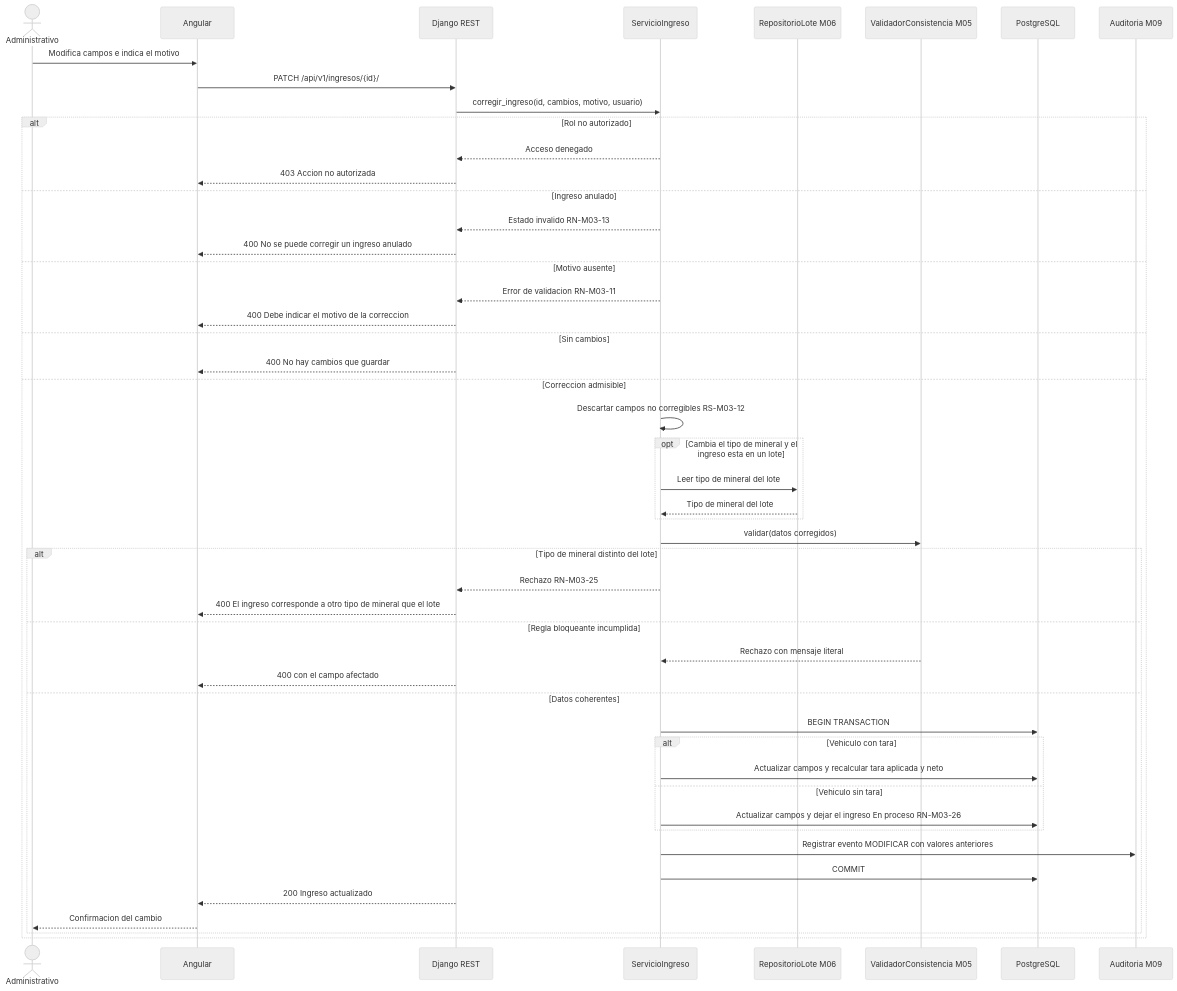
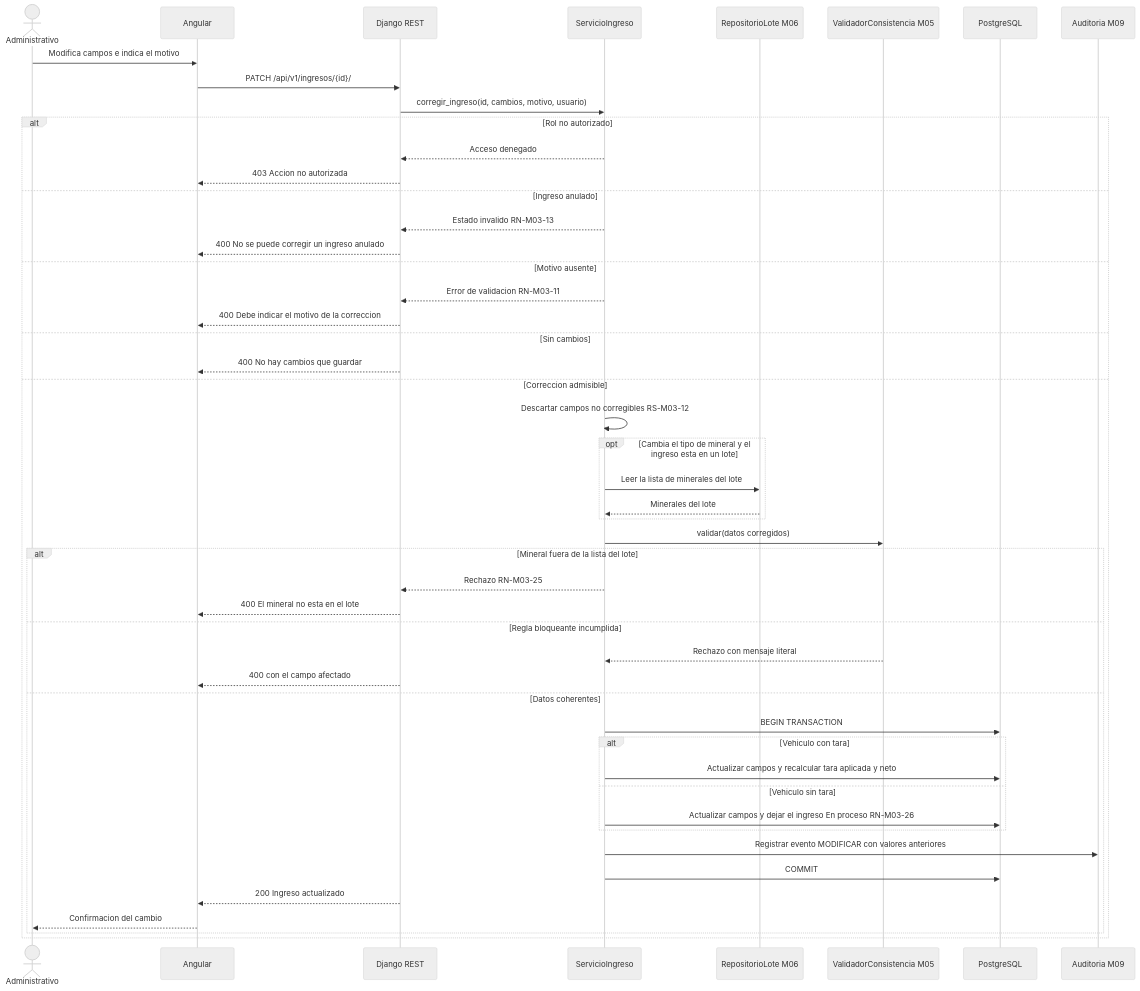
One commit to adlerOmonte1/LogisticaMinera changed the second of 5 diagrams in docs/modulos/M03-ingresos/diagramas/secuencia.md. Above: the diagram before and after it, drawn with Mermaid (neutral theme). The commit also changed 20 other files, not shown here.

````diff
--- a/docs/modulos/M03-ingresos/diagramas/secuencia.md
+++ b/docs/modulos/M03-ingresos/diagramas/secuencia.md
@@ -84,54 +84,54 @@
 ```mermaid
 sequenceDiagram
     actor A as Administrativo
     participant NG as Angular
     participant API as Django REST
     participant SRV as ServicioIngreso
     participant LOT as RepositorioLote M06
     participant VAL as ValidadorConsistencia M05
     participant DB as PostgreSQL
     participant AUD as Auditoria M09
 
     A->>NG: Modifica campos e indica el motivo
     NG->>API: PATCH /api/v1/ingresos/{id}/
     API->>SRV: corregir_ingreso(id, cambios, motivo, usuario)
 
     alt Rol no autorizado
         SRV-->>API: Acceso denegado
         API-->>NG: 403 Accion no autorizada
     else Ingreso anulado
         SRV-->>API: Estado invalido RN-M03-13
         API-->>NG: 400 No se puede corregir un ingreso anulado
     else Motivo ausente
         SRV-->>API: Error de validacion RN-M03-11
         API-->>NG: 400 Debe indicar el motivo de la correccion
     else Sin cambios
         API-->>NG: 400 No hay cambios que guardar
     else Correccion admisible
         SRV->>SRV: Descartar campos no corregibles RS-M03-12
         opt Cambia el tipo de mineral y el ingreso esta en un lote
-            SRV->>LOT: Leer tipo de mineral del lote
-            LOT-->>SRV: Tipo de mineral del lote
+            SRV->>LOT: Leer la lista de minerales del lote
+            LOT-->>SRV: Minerales del lote
         end
         SRV->>VAL: validar(datos corregidos)
 
-        alt Tipo de mineral distinto del lote
+        alt Mineral fuera de la lista del lote
             SRV-->>API: Rechazo RN-M03-25
-            API-->>NG: 400 El ingreso corresponde a otro tipo de mineral que el lote
+            API-->>NG: 400 El mineral no esta en el lote
         else Regla bloqueante incumplida
             VAL-->>SRV: Rechazo con mensaje literal
             API-->>NG: 400 con el campo afectado
         else Datos coherentes
             SRV->>DB: BEGIN TRANSACTION
             alt Vehiculo con tara
                 SRV->>DB: Actualizar campos y recalcular tara aplicada y neto
             else Vehiculo sin tara
                 SRV->>DB: Actualizar campos y dejar el ingreso En proceso RN-M03-26
             end
             SRV->>AUD: Registrar evento MODIFICAR con valores anteriores
             SRV->>DB: COMMIT
             API-->>NG: 200 Ingreso actualizado
             NG-->>A: Confirmacion del cambio
         end
     end
 ```
````
